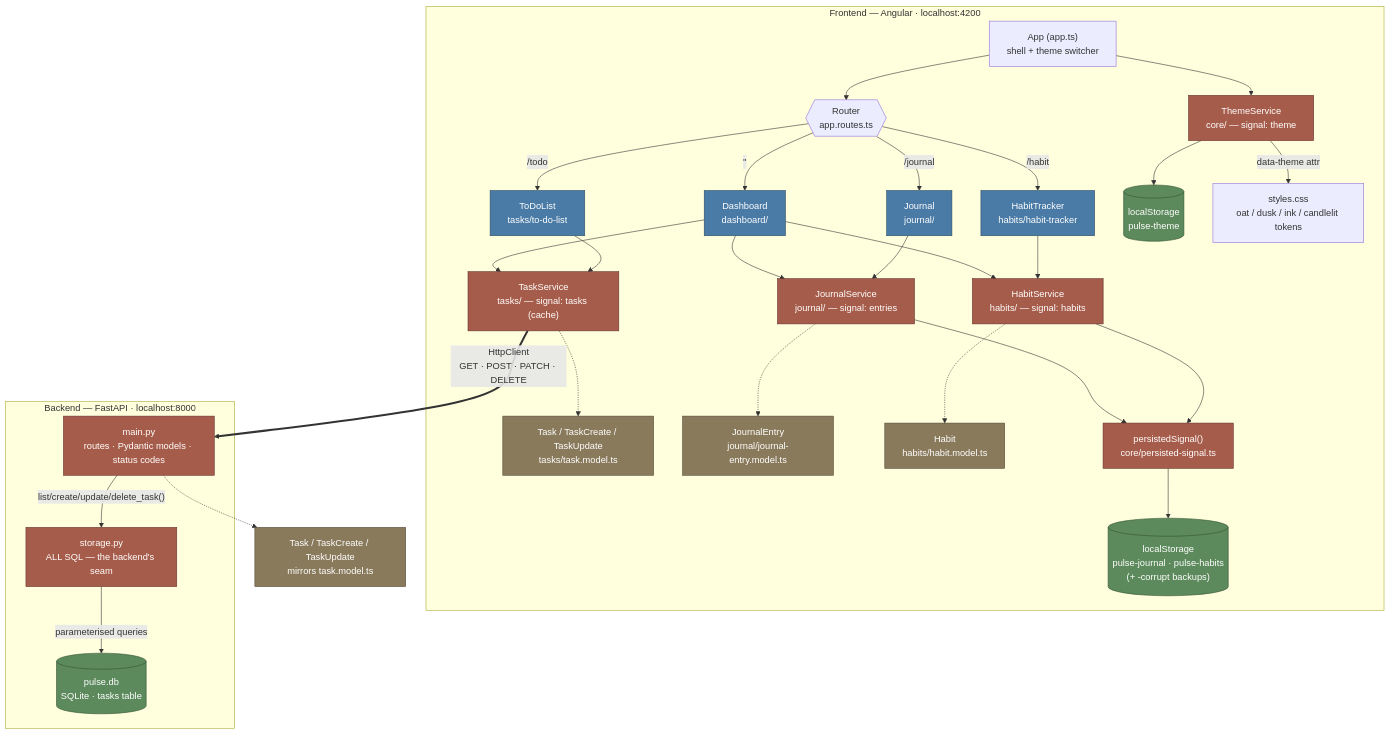
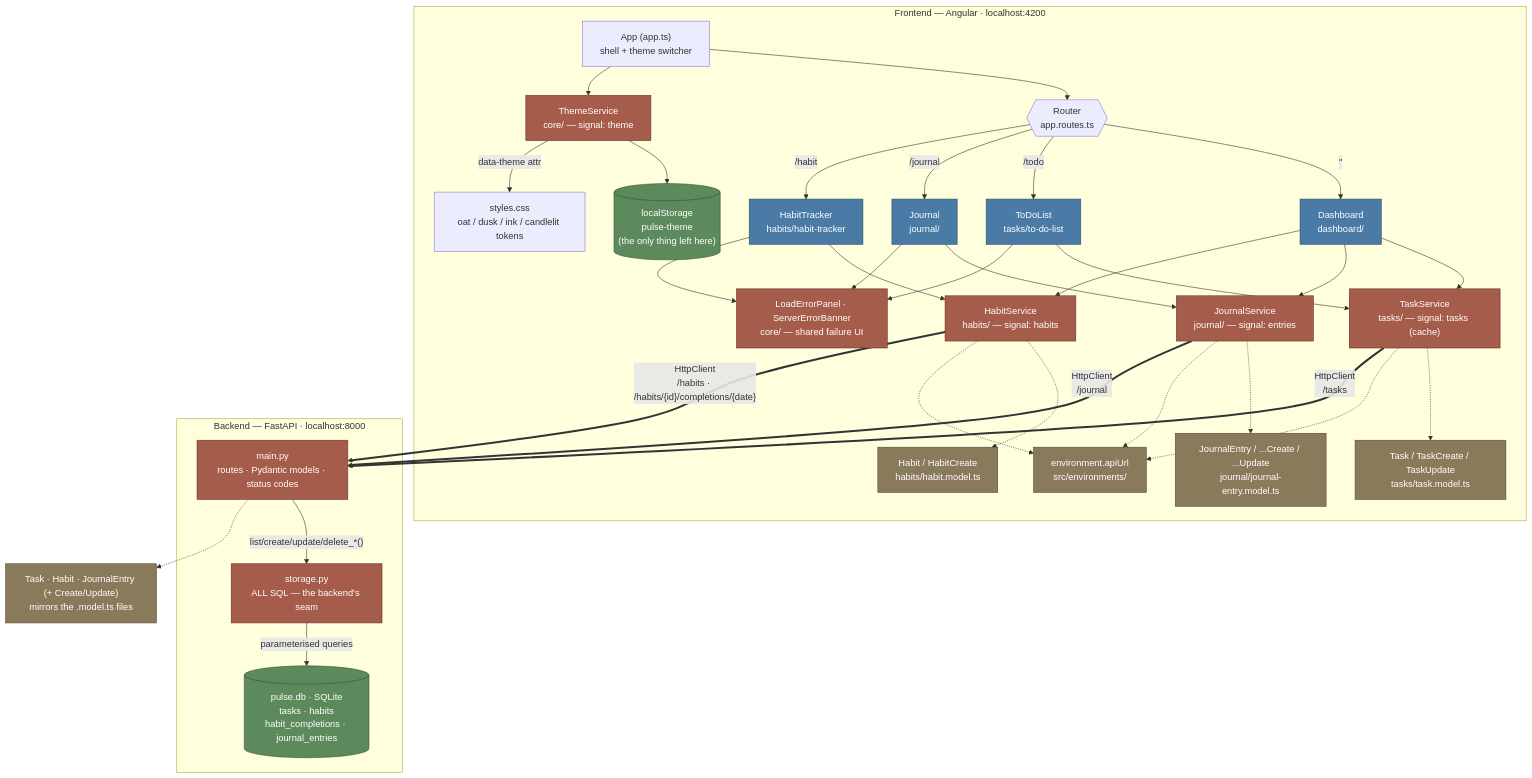
One commit to Jakesquelch/Pulse changed the diagram in docs/mermaid.md. Above: the diagram before and after it, drawn with Mermaid. The commit also changed other lines of this file and 5 other files, not shown here.

````diff
--- a/docs/mermaid.md
+++ b/docs/mermaid.md
@@ -6,61 +6,69 @@
 ```mermaid
 ---
 id: 447b6665-61a0-439f-9087-079346da219f
 ---
 graph TD
     subgraph FE["Frontend — Angular · localhost:4200"]
         Root["App (app.ts)<br/>shell + theme switcher"]
         Router{{"Router<br/>app.routes.ts"}}
 
         Root --> Router
 
         Router -->|"''"| Dashboard["Dashboard<br/>dashboard/"]
         Router -->|"/todo"| ToDo["ToDoList<br/>tasks/to-do-list"]
         Router -->|"/journal"| Journal["Journal<br/>journal/"]
         Router -->|"/habit"| Habit["HabitTracker<br/>habits/habit-tracker"]
 
         Root --> ThemeService["ThemeService<br/>core/ — signal: theme"]
 
         Dashboard --> TaskService
         Dashboard --> JournalService
         Dashboard --> HabitService
 
         ToDo --> TaskService["TaskService<br/>tasks/ — signal: tasks (cache)"]
         Journal --> JournalService["JournalService<br/>journal/ — signal: entries"]
         Habit --> HabitService["HabitService<br/>habits/ — signal: habits"]
 
         TaskService -.-> TaskModel["Task / TaskCreate / TaskUpdate<br/>tasks/task.model.ts"]
-        JournalService -.-> JournalModel["JournalEntry<br/>journal/journal-entry.model.ts"]
-        HabitService -.-> HabitModel["Habit<br/>habits/habit.model.ts"]
+        JournalService -.-> JournalModel["JournalEntry / ...Create / ...Update<br/>journal/journal-entry.model.ts"]
+        HabitService -.-> HabitModel["Habit / HabitCreate<br/>habits/habit.model.ts"]
 
-        JournalService --> Seam
-        HabitService --> Seam
-        Seam["persistedSignal()<br/>core/persisted-signal.ts"] --> LocalStorage[("localStorage<br/>pulse-journal · pulse-habits<br/>(+ -corrupt backups)")]
-        ThemeService --> LocalStorage4[("localStorage<br/>pulse-theme")]
+        TaskService -.-> Env
+        JournalService -.-> Env
+        HabitService -.-> Env
+        Env["environment.apiUrl<br/>src/environments/"]
 
+        ToDo --> Failure
+        Journal --> Failure
+        Habit --> Failure
+        Failure["LoadErrorPanel · ServerErrorBanner<br/>core/ — shared failure UI"]
+
+        ThemeService --> LocalStorage[("localStorage<br/>pulse-theme<br/>(the only thing left here)")]
         ThemeService -->|"data-theme attr"| Styles["styles.css<br/>oat / dusk / ink / candlelit tokens"]
     end
 
-    TaskService ==>|"HttpClient<br/>GET · POST · PATCH · DELETE"| Main
+    TaskService ==>|"HttpClient<br/>/tasks"| Main
+    HabitService ==>|"HttpClient<br/>/habits · /habits/{id}/completions/{date}"| Main
+    JournalService ==>|"HttpClient<br/>/journal"| Main
 
     subgraph BE["Backend — FastAPI · localhost:8000"]
         Main["main.py<br/>routes · Pydantic models · status codes"]
         Storage["storage.py<br/>ALL SQL — the backend's seam"]
-        DB[("pulse.db<br/>SQLite · tasks table")]
+        DB[("pulse.db · SQLite<br/>tasks · habits<br/>habit_completions · journal_entries")]
 
-        Main -->|"list/create/update/delete_task()"| Storage
+        Main -->|"list/create/update/delete_*()"| Storage
         Storage -->|"parameterised queries"| DB
     end
 
-    Main -.-> PydanticModels["Task / TaskCreate / TaskUpdate<br/>mirrors task.model.ts"]
+    Main -.-> PydanticModels["Task · Habit · JournalEntry (+ Create/Update)<br/>mirrors the .model.ts files"]
 
     classDef page fill:#4a7ba6,stroke:#2c4a63,color:#fff
     classDef service fill:#a65c4a,stroke:#63302c,color:#fff
     classDef storage fill:#5c8a5c,stroke:#345234,color:#fff
     classDef model fill:#8a7a5c,stroke:#524834,color:#fff
 
     class Dashboard,ToDo,Journal,Habit page
-    class TaskService,JournalService,HabitService,ThemeService,Seam,Main,Storage service
-    class LocalStorage,LocalStorage4,DB storage
-    class TaskModel,JournalModel,HabitModel,PydanticModels model
+    class TaskService,JournalService,HabitService,ThemeService,Main,Storage,Failure service
+    class LocalStorage,DB storage
+    class TaskModel,JournalModel,HabitModel,PydanticModels,Env model
 ```
````
